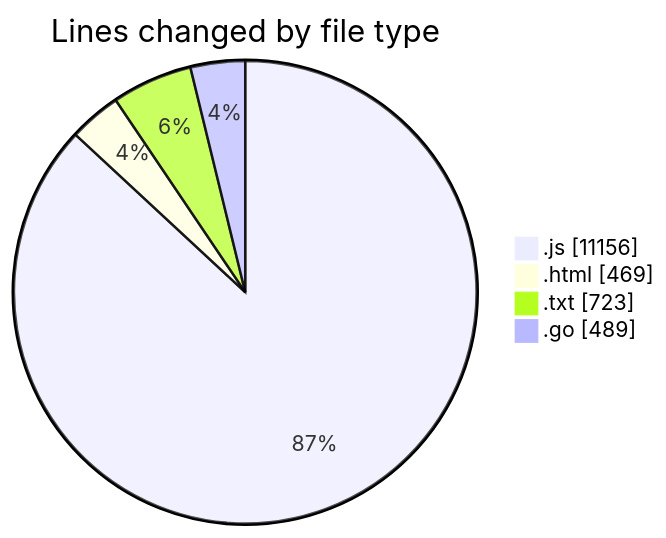
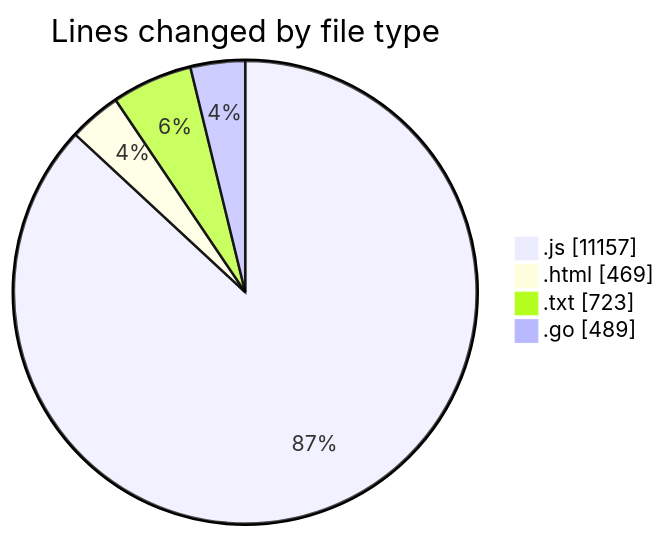
One commit to robertbonfada/code-tracking changed the first of 2 diagrams in 2025-03-03/kart-online/README.md. Above: the diagram before and after it, drawn with Mermaid. The commit also changed other lines of this file and 1 other file, not shown here.

````diff
--- a/2025-03-03/kart-online/README.md
+++ b/2025-03-03/kart-online/README.md
@@ -42,8 +42,8 @@
 ```mermaid
 pie showData
 title Lines changed by file type
-".js" : 11156
+".js" : 11157
 ".html" : 469
 ".txt" : 723
 ".go" : 489
 ```
````
